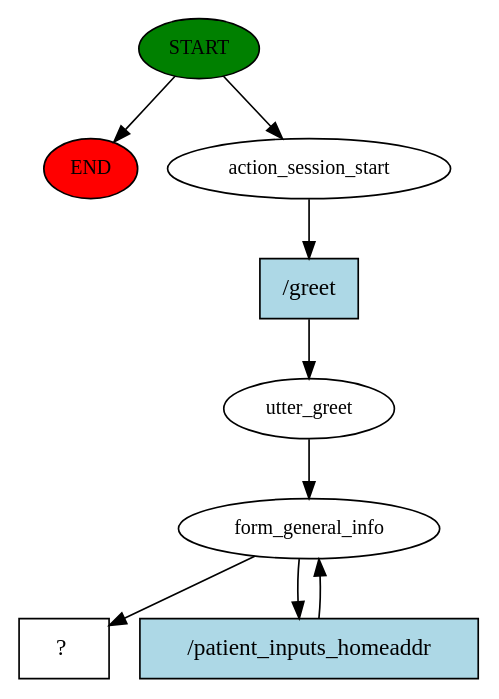
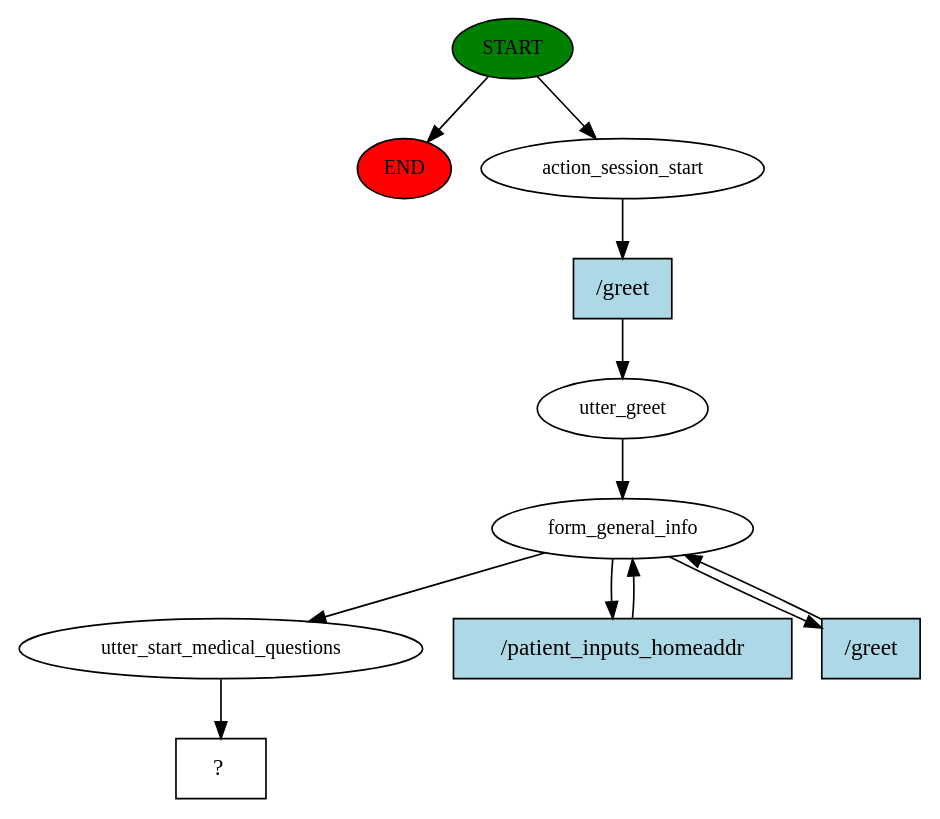
The diagram in story_graph.dot (halixness/HMD-Dispatcher), drawn with Graphviz before and after one commit. The commit also changed 6 other files, not shown here.

```diff
--- a/story_graph.dot
+++ b/story_graph.dot
@@ -1,18 +1,23 @@
 digraph  {
 0 [class="start active", fillcolor=green, fontsize=12, label=START, style=filled];
 "-1" [class=end, fillcolor=red, fontsize=12, label=END, style=filled];
 1 [class=active, fontsize=12, label=action_session_start];
 2 [class=active, fontsize=12, label=utter_greet];
 3 [class=active, fontsize=12, label=form_general_info];
-5 [class="intent dashed active", label="  ?  ", shape=rect];
-6 [class="intent active", fillcolor=lightblue, label="/greet", shape=rect, style=filled];
-7 [class="intent active", fillcolor=lightblue, label="/patient_inputs_homeaddr", shape=rect, style=filled];
+6 [class=active, fontsize=12, label=utter_start_medical_questions];
+7 [class="intent dashed active", label="  ?  ", shape=rect];
+8 [class="intent active", fillcolor=lightblue, label="/greet", shape=rect, style=filled];
+9 [class="intent active", fillcolor=lightblue, label="/patient_inputs_homeaddr", shape=rect, style=filled];
+10 [class="intent active", fillcolor=lightblue, label="/greet", shape=rect, style=filled];
 0 -> "-1"  [class="", key=NONE, label=""];
 0 -> 1  [class=active, key=NONE, label=""];
-1 -> 6  [class=active, key=0];
+1 -> 8  [class=active, key=0];
 2 -> 3  [class=active, key=NONE, label=""];
-3 -> 5  [class=active, key=NONE, label=""];
-3 -> 7  [class=active, key=0];
-6 -> 2  [class=active, key=0];
-7 -> 3  [class=active, key=0];
+3 -> 6  [class=active, key=NONE, label=""];
+3 -> 9  [class=active, key=0];
+3 -> 10  [class=active, key=0];
+6 -> 7  [class=active, key=NONE, label=""];
+8 -> 2  [class=active, key=0];
+9 -> 3  [class=active, key=0];
+10 -> 3  [class=active, key=0];
 }
```
